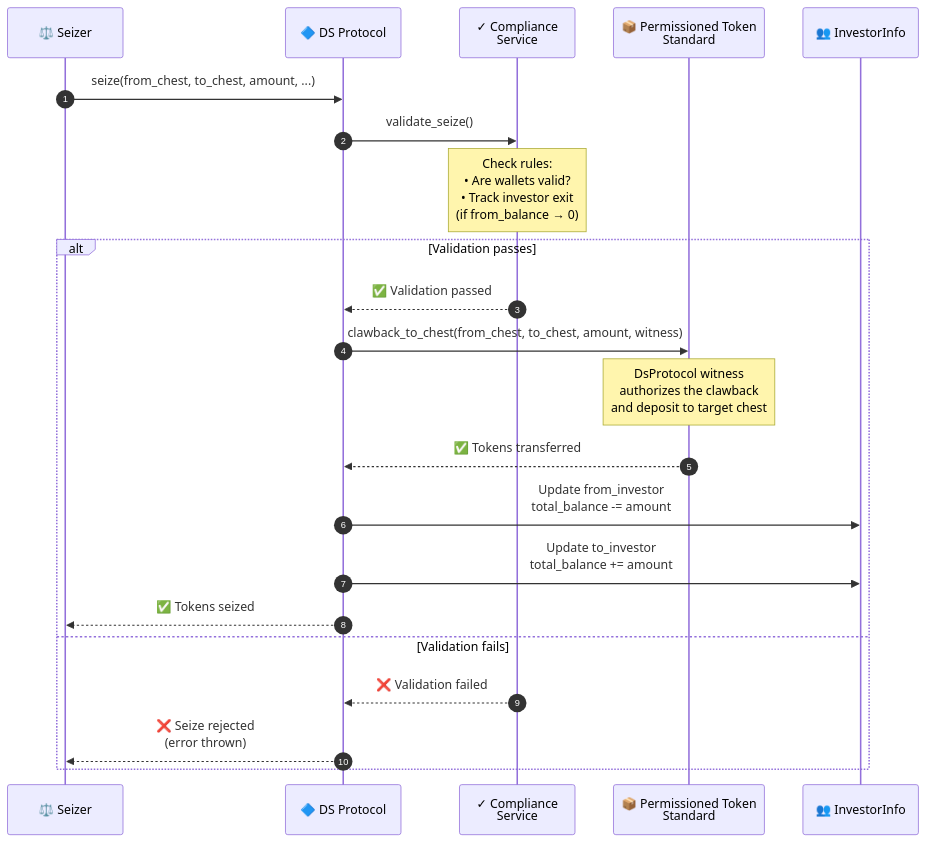
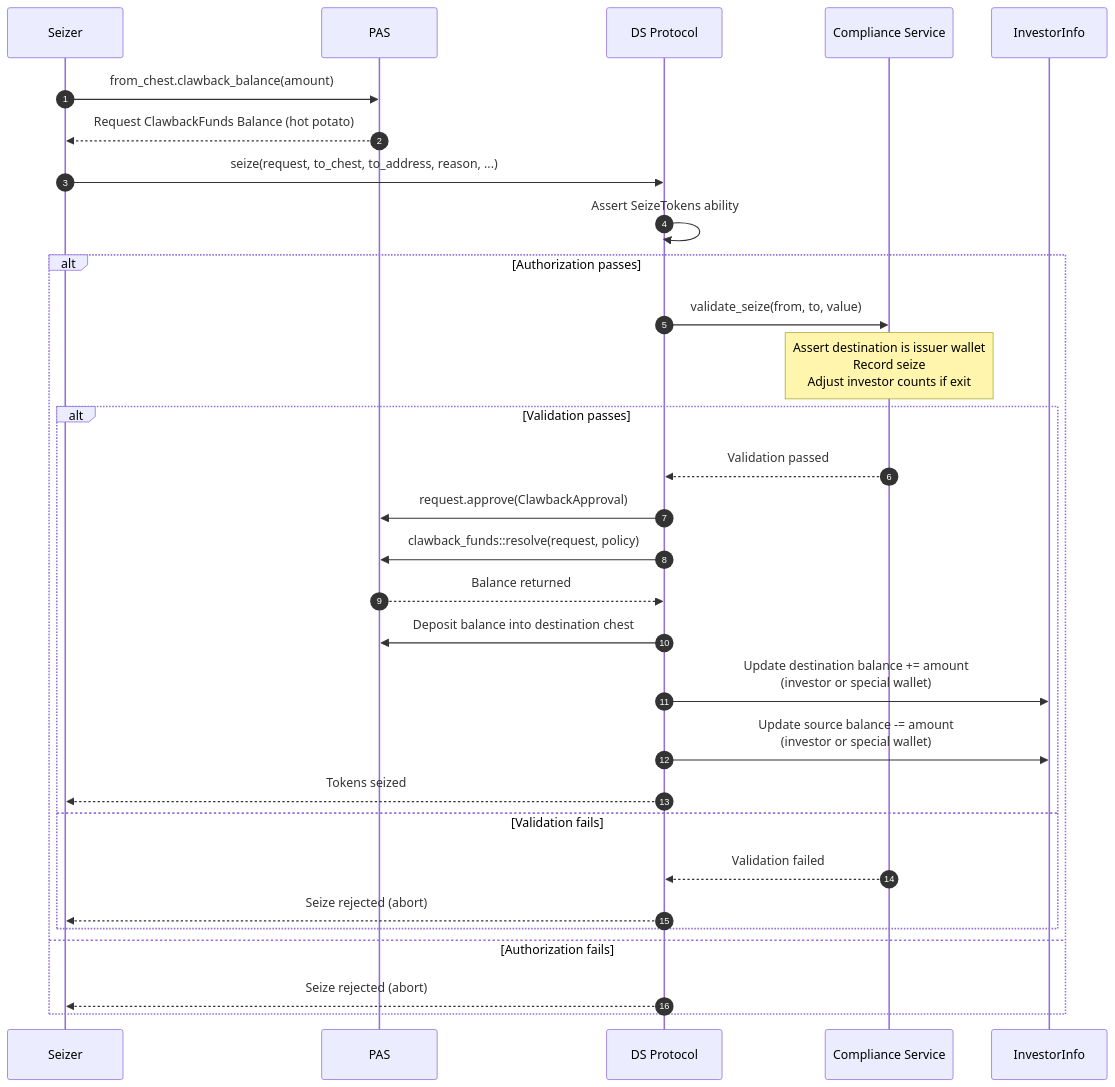
One commit to securitize-io/bc-sui-dstoken-sc changed the diagram in docs/seize-flow.md. Above: the diagram before and after it, drawn with Mermaid. The commit also changed other lines of this file and 20 other files, not shown here.

Commit message:
feat: update PAS changes for Balance<T>

````diff
--- a/docs/seize-flow.md
+++ b/docs/seize-flow.md
@@ -3,31 +78,42 @@
 ```mermaid
 sequenceDiagram
     autonumber
-    participant Seizer as ⚖️ Seizer
-    participant DS as 🔷 DS Protocol
-    participant Compliance as ✓ Compliance<br/>Service
-    participant PTS as 📦 Permissioned Token<br/>Standard
-    participant Registry as 👥 InvestorInfo
+    participant Seizer as Seizer
+    participant PAS as PAS
+    participant DS as DS Protocol
+    participant Compliance as Compliance Service
+    participant Registry as InvestorInfo
 
-    Seizer->>DS: seize(from_chest, to_chest, amount, ...)
+    Seizer->>PAS: from_chest.clawback_balance(amount)
+    PAS-->>Seizer: Request ClawbackFunds Balance (hot potato)
 
-    DS->>Compliance: validate_seize()
+    Seizer->>DS: seize(request, to_chest, to_address, reason, ...)
 
-    Note over Compliance: Check rules:<br/>• Are wallets valid?<br/>• Track investor exit<br/>(if from_balance → 0)
+    DS->>DS: Assert SeizeTokens ability
 
-    alt Validation passes
-        Compliance-->>DS: ✅ Validation passed
+    alt Authorization passes
+        DS->>Compliance: validate_seize(from, to, value)
 
-        DS->>PTS: clawback_to_chest(from_chest, to_chest, amount, witness)
-        Note over PTS: DsProtocol witness<br/>authorizes the clawback<br/>and deposit to target chest
-        PTS-->>DS: ✅ Tokens transferred
+        Note over Compliance: Assert destination is issuer wallet<br/>Record seize<br/>Adjust investor counts if exit
 
-        DS->>Registry: Update from_investor<br/>total_balance -= amount
-        DS->>Registry: Update to_investor<br/>total_balance += amount
+        alt Validation passes
+            Compliance-->>DS: Validation passed
 
-        DS-->>Seizer: ✅ Tokens seized
-    else Validation fails
-        Compliance-->>DS: ❌ Validation failed
-        DS-->>Seizer: ❌ Seize rejected<br/>(error thrown)
+            DS->>PAS: request.approve(ClawbackApproval)
+            DS->>PAS: clawback_funds::resolve(request, policy)
+            PAS-->>DS: Balance returned
+
+            DS->>PAS: Deposit balance into destination chest
+
+            DS->>Registry: Update destination balance += amount<br/>(investor or special wallet)
+            DS->>Registry: Update source balance -= amount<br/>(investor or special wallet)
+
+            DS-->>Seizer: Tokens seized
+        else Validation fails
+            Compliance-->>DS: Validation failed
+            DS-->>Seizer: Seize rejected (abort)
+        end
+    else Authorization fails
+        DS-->>Seizer: Seize rejected (abort)
     end
 ```
````
